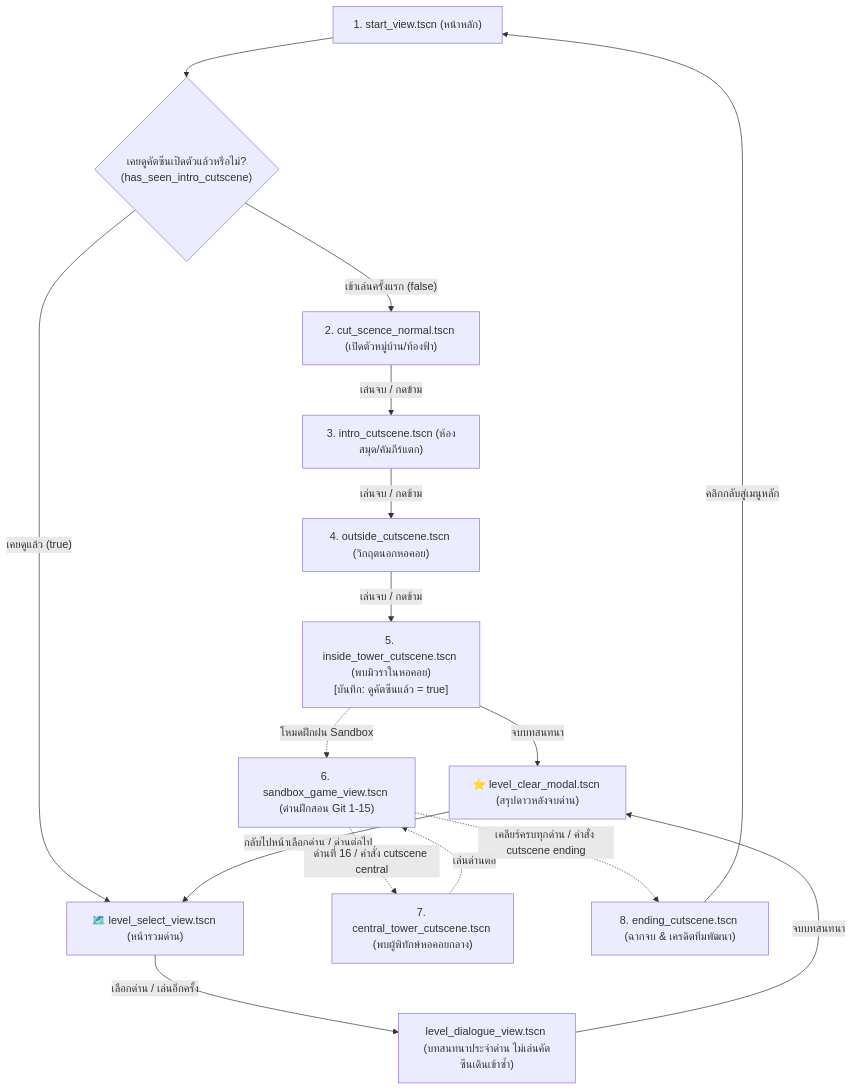
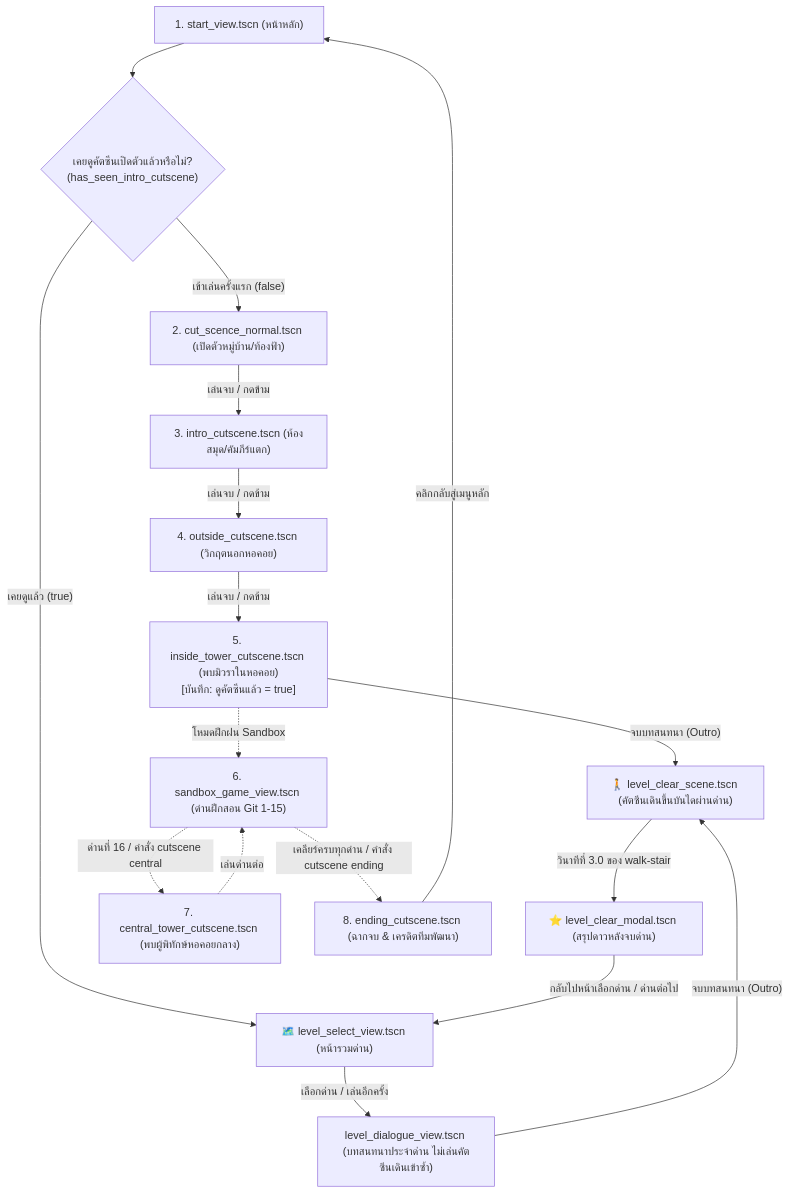
One commit to PetchAuisui/Demo-Game-Git-Diwaa changed the first of 2 diagrams in docs/cutscene-controls.md. Above: the diagram before and after it, drawn with Mermaid. The commit also changed 1 other file, not shown here.

Commit message:
docs(cutscene): อัปเดตเอกสารฉากเดินขึ้นบันได level_clear_scene ให้ตรงกับโค้ดจริง

````diff
--- a/docs/cutscene-controls.md
+++ b/docs/cutscene-controls.md
@@ -95,22 +95,23 @@
 ```mermaid
 flowchart TD
     Start["1. start_view.tscn (หน้าหลัก)"] --> CheckProgress{"เคยดูคัตซีนเปิดตัวแล้วหรือไม่?\n(has_seen_intro_cutscene)"}
     CheckProgress -->|"เข้าเล่นครั้งแรก (false)"| Normal["2. cut_scence_normal.tscn (เปิดตัวหมู่บ้าน/ท้องฟ้า)"]
     Normal -->|"เล่นจบ / กดข้าม"| Intro["3. intro_cutscene.tscn (ห้องสมุด/คัมภีร์แตก)"]
     Intro -->|"เล่นจบ / กดข้าม"| Outside["4. outside_cutscene.tscn (วิกฤตนอกหอคอย)"]
     Outside -->|"เล่นจบ / กดข้าม"| InsideTower["5. inside_tower_cutscene.tscn (พบมิวราในหอคอย)\n[บันทึก: ดูคัตซีนแล้ว = true]"]
     
     CheckProgress -->|"เคยดูแล้ว (true)"| LevelSelect["🗺️ level_select_view.tscn (หน้ารวมด่าน)"]
     LevelSelect -->|"เลือกด่าน / เล่นอีกครั้ง"| LevelDialogue["level_dialogue_view.tscn (บทสนทนาประจำด่าน ไม่เล่นคัตซีนเดินเข้าซ้ำ)"]
-    LevelDialogue -->|"จบบทสนทนา"| ClearModal
+    LevelDialogue -->|"จบบทสนทนา (Outro)"| LevelClearScene
     
-    InsideTower -->|"จบบทสนทนา"| ClearModal["⭐ level_clear_modal.tscn (สรุปดาวหลังจบด่าน)"]
+    InsideTower -->|"จบบทสนทนา (Outro)"| LevelClearScene["🚶 level_clear_scene.tscn (คัตซีนเดินขึ้นบันไดผ่านด่าน)"]
+    LevelClearScene -->|"วินาทีที่ 3.0 ของ walk-stair"| ClearModal["⭐ level_clear_modal.tscn (สรุปดาวหลังจบด่าน)"]
     ClearModal -->|"กลับไปหน้าเลือกด่าน / ด่านต่อไป"| LevelSelect
     
     InsideTower -.->|"โหมดฝึกฝน Sandbox"| Sandbox["6. sandbox_game_view.tscn (ด่านฝึกสอน Git 1-15)"]
     Sandbox -.->|"ด่านที่ 16 / คำสั่ง cutscene central"| CentralTower["7. central_tower_cutscene.tscn (พบผู้พิทักษ์หอคอยกลาง)"]
     CentralTower -.->|"เล่นด่านต่อ"| Sandbox
     
     Sandbox -.->|"เคลียร์ครบทุกด่าน / คำสั่ง cutscene ending"| Ending["8. ending_cutscene.tscn (ฉากจบ & เครดิตทีมพัฒนา)"]
     Ending -->|"คลิกกลับสู่เมนูหลัก"| Start
 ```
````
